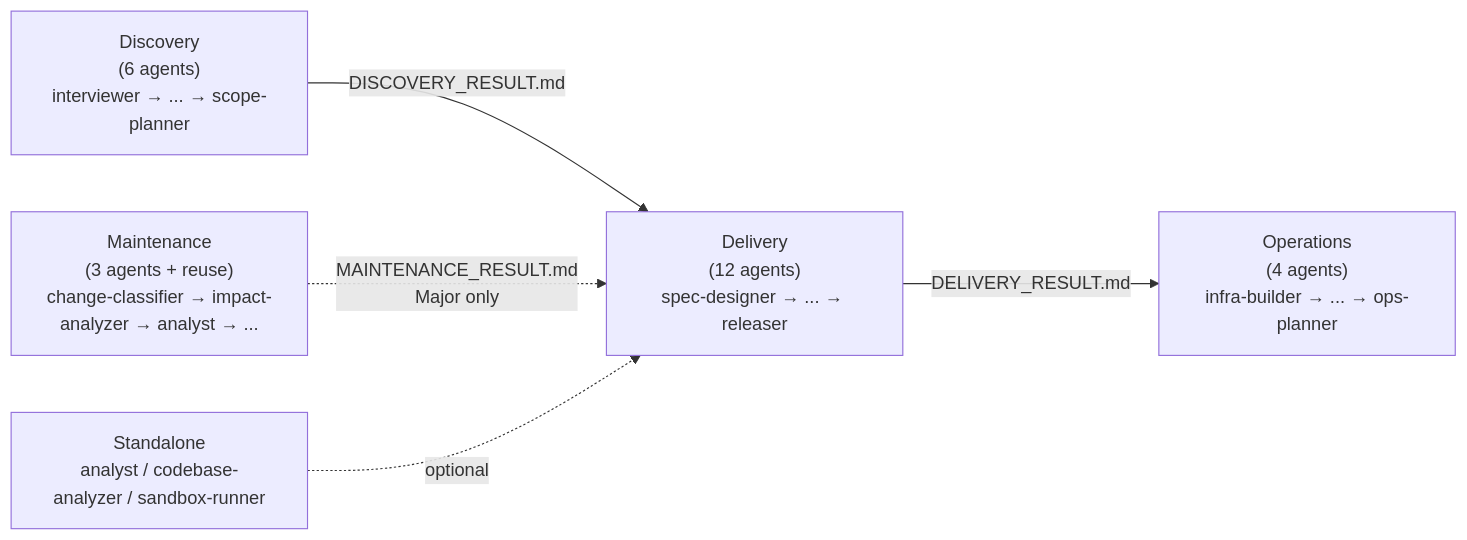
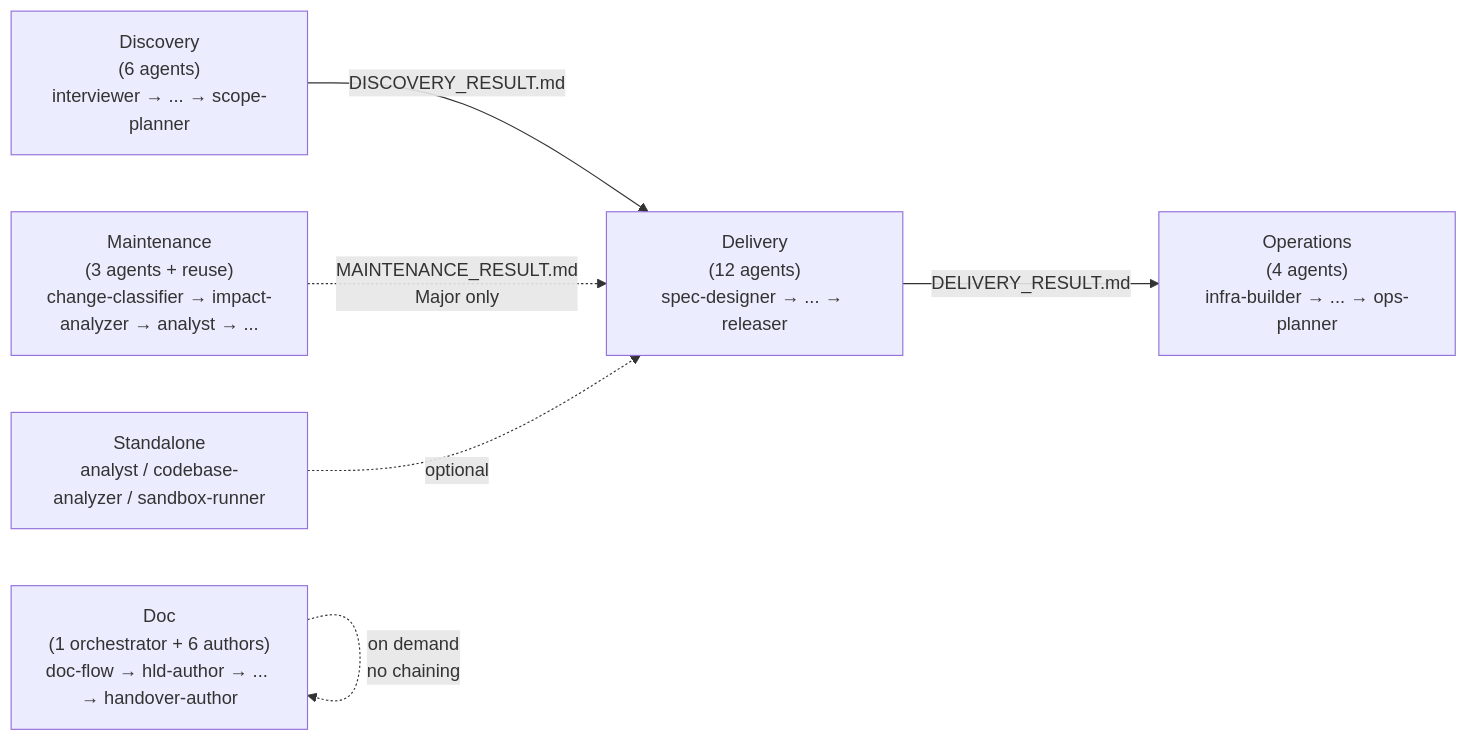
One commit to kirin0198/warterfall-agents changed the second of 2 diagrams in docs/wiki/en/Architecture-Domain-Model.md. Above: the diagram before and after it, drawn with Mermaid. The commit also changed other lines of this file and 12 other files, not shown here.

First line of the commit message:
docs: complete doc-flow wiki narrative and close #54 (PR 3 of 3) (#54) (#98)

````diff
--- a/docs/wiki/en/Architecture-Domain-Model.md
+++ b/docs/wiki/en/Architecture-Domain-Model.md
@@ -62,13 +70,15 @@
 ```mermaid
 flowchart LR
     D["Discovery<br/>(6 agents)<br/>interviewer → ... → scope-planner"]
     DV["Delivery<br/>(12 agents)<br/>spec-designer → ... → releaser"]
     O["Operations<br/>(4 agents)<br/>infra-builder → ... → ops-planner"]
     M["Maintenance<br/>(3 agents + reuse)<br/>change-classifier → impact-analyzer → analyst → ..."]
+    DC["Doc<br/>(1 orchestrator + 6 authors)<br/>doc-flow → hld-author → ... → handover-author"]
     S["Standalone<br/>analyst / codebase-analyzer / sandbox-runner"]
 
     D -->|DISCOVERY_RESULT.md| DV
     DV -->|DELIVERY_RESULT.md| O
     M -.->|MAINTENANCE_RESULT.md<br/>Major only| DV
+    DC -.->|on demand<br/>no chaining| DC
     S -.optional.-> DV
 ```
````
